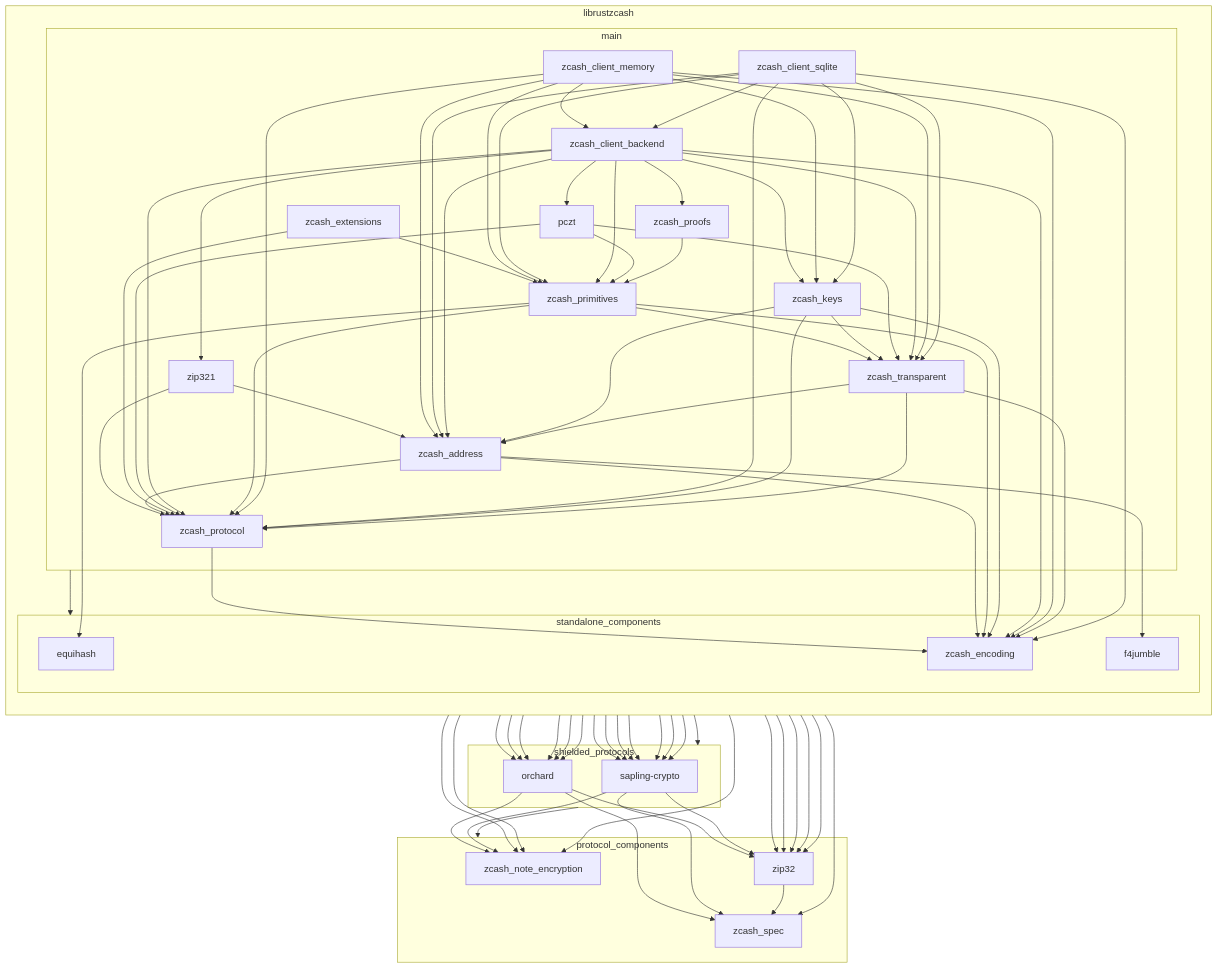
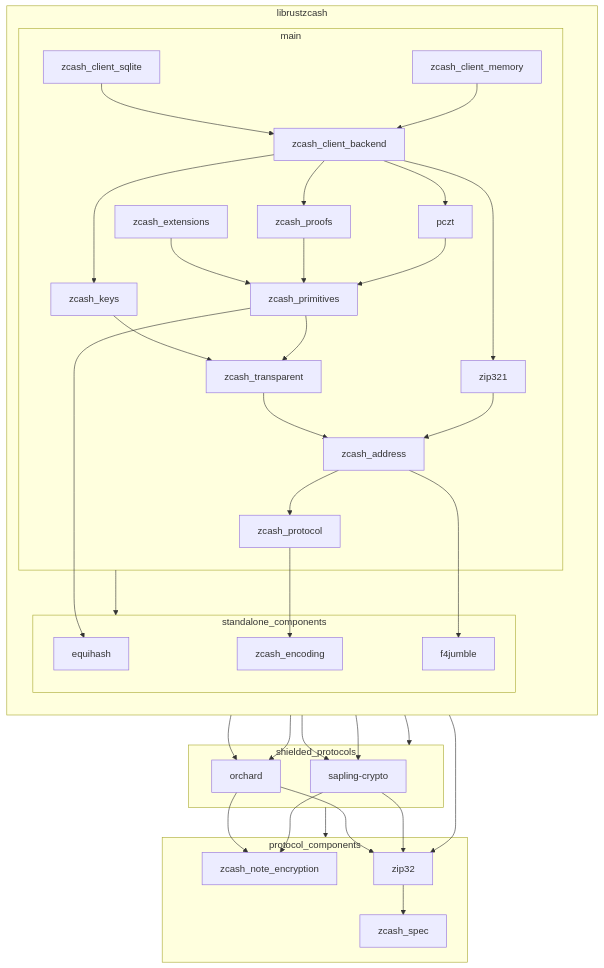
Before and after one commit to zcash/librustzcash: the diagram in README.md, drawn with Mermaid. The commit also changed 1 other file, not shown here.

Commit message:
README: Comment out direct edges where transitives exist
This still preserves the effective dependency graph, while making it
easier to read. The linter still checks for the presence of all direct
dependencies, but permits any edges to be commented out.

```diff
--- a/README.md
+++ b/README.md
@@ -42,95 +42,98 @@
         zcash_spec
     end
 
+    %% Direct edges that also have a transitive path are left in (so the linter checks
+    %% they are deliberate edges) but commented out (to simplify the graph).
+
     zcash_client_sqlite --> zcash_client_backend
     zcash_client_memory --> zcash_client_backend
 
     zcash_client_backend --> pczt
 
-    zcash_client_sqlite --> zcash_keys
-    zcash_client_memory --> zcash_keys
+    %% zcash_client_sqlite --> zcash_keys
+    %% zcash_client_memory --> zcash_keys
     zcash_client_backend --> zcash_keys
 
     zcash_client_backend --> zcash_proofs
 
+    zcash_extensions --> zcash_primitives
     zcash_proofs --> zcash_primitives
     pczt --> zcash_primitives
-    zcash_client_backend --> zcash_primitives
-    zcash_client_sqlite --> zcash_primitives
-    zcash_client_memory --> zcash_primitives
-    zcash_extensions --> zcash_primitives
+    %% zcash_client_backend --> zcash_primitives
+    %% zcash_client_sqlite --> zcash_primitives
+    %% zcash_client_memory --> zcash_primitives
 
-    zcash_client_sqlite --> zcash_transparent
-    zcash_client_memory --> zcash_transparent
-    zcash_client_backend --> zcash_transparent
-    pczt --> zcash_transparent
+    %% zcash_client_sqlite --> zcash_transparent
+    %% zcash_client_memory --> zcash_transparent
+    %% zcash_client_backend --> zcash_transparent
+    %% pczt --> zcash_transparent
     zcash_keys --> zcash_transparent
     zcash_primitives --> zcash_transparent
 
     zcash_client_backend --> zip321
 
     zcash_transparent --> zcash_address
-    zcash_keys --> zcash_address
-    zcash_client_backend --> zcash_address
-    zcash_client_sqlite --> zcash_address
-    zcash_client_memory --> zcash_address
+    %% zcash_keys --> zcash_address
+    %% zcash_client_backend --> zcash_address
+    %% zcash_client_sqlite --> zcash_address
+    %% zcash_client_memory --> zcash_address
     zip321 --> zcash_address
 
-    zcash_transparent --> zcash_protocol
-    zcash_keys --> zcash_protocol
-    zcash_client_sqlite --> zcash_protocol
-    zcash_client_memory --> zcash_protocol
-    zcash_primitives --> zcash_protocol
-    zcash_client_backend --> zcash_protocol
-    pczt --> zcash_protocol
-    zcash_extensions --> zcash_protocol
+    %% zcash_transparent --> zcash_protocol
+    %% zcash_keys --> zcash_protocol
+    %% zcash_client_sqlite --> zcash_protocol
+    %% zcash_client_memory --> zcash_protocol
+    %% zcash_primitives --> zcash_protocol
+    %% zcash_client_backend --> zcash_protocol
+    %% pczt --> zcash_protocol
+    %% zcash_extensions --> zcash_protocol
     zcash_address --> zcash_protocol
-    zip321 --> zcash_protocol
+    %% zip321 --> zcash_protocol
 
-    zcash_client_sqlite --> zcash_encoding
-    zcash_transparent --> zcash_encoding
-    zcash_client_memory --> zcash_encoding
-    zcash_client_backend --> zcash_encoding
-    zcash_keys --> zcash_encoding
-    zcash_primitives --> zcash_encoding
-    zcash_address --> zcash_encoding
+    %% zcash_client_sqlite --> zcash_encoding
+    %% zcash_transparent --> zcash_encoding
+    %% zcash_client_memory --> zcash_encoding
+    %% zcash_client_backend --> zcash_encoding
+    %% zcash_keys --> zcash_encoding
+    %% zcash_primitives --> zcash_encoding
+    %% zcash_address --> zcash_encoding
     zcash_protocol --> zcash_encoding
 
     zcash_primitives --> equihash
     zcash_address --> f4jumble
 
+    %% zcash_client_backend --> orchard
+    %% pczt --> orchard
     zcash_keys --> orchard
     zcash_primitives --> orchard
-    pczt --> orchard
-    zcash_client_sqlite --> orchard
-    zcash_client_memory --> orchard
-    zcash_client_backend --> orchard
+    %% zcash_client_sqlite --> orchard
+    %% zcash_client_memory --> orchard
 
-    zcash_client_sqlite --> sapling-crypto
-    zcash_client_memory --> sapling-crypto
-    zcash_client_backend --> sapling-crypto
-    zcash_proofs --> sapling-crypto
-    pczt --> sapling-crypto
+    %% zcash_client_sqlite --> sapling-crypto
+    %% zcash_client_memory --> sapling-crypto
+    %% zcash_client_backend --> sapling-crypto
     zcash_keys --> sapling-crypto
+    %% zcash_proofs --> sapling-crypto
     zcash_primitives --> sapling-crypto
+    %% pczt --> sapling-crypto
 
     orchard --> zcash_note_encryption
     sapling-crypto --> zcash_note_encryption
-    zcash_primitives --> zcash_note_encryption
-    pczt --> zcash_note_encryption
-    zcash_client_backend --> zcash_note_encryption
+    %% zcash_primitives --> zcash_note_encryption
+    %% pczt --> zcash_note_encryption
+    %% zcash_client_backend --> zcash_note_encryption
 
-    zcash_client_sqlite --> zip32
-    zcash_client_memory --> zip32
-    zcash_client_backend --> zip32
-    zcash_keys --> zip32
-    zcash_transparent --> zip32
+    %% zcash_client_sqlite --> zip32
+    %% zcash_client_memory --> zip32
+    %% zcash_client_backend --> zip32
+    %% zcash_keys --> zip32
     orchard --> zip32
     sapling-crypto --> zip32
+    zcash_transparent --> zip32
 
-    zcash_transparent --> zcash_spec
-    orchard --> zcash_spec
-    sapling-crypto --> zcash_spec
+    %% zcash_transparent --> zcash_spec
+    %% orchard --> zcash_spec
+    %% sapling-crypto --> zcash_spec
     zip32 --> zcash_spec
 
     main --> standalone_components
```
